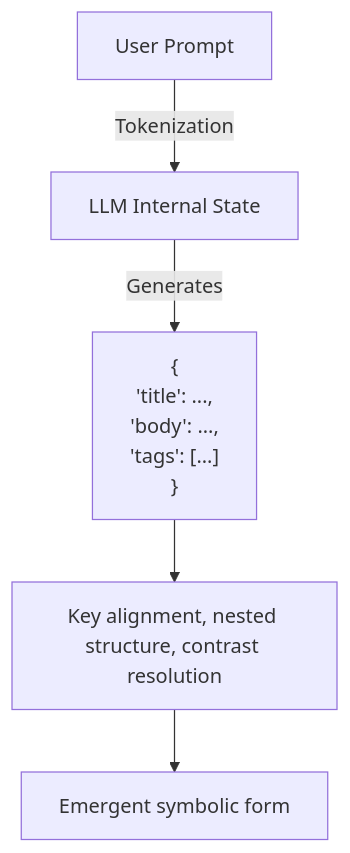
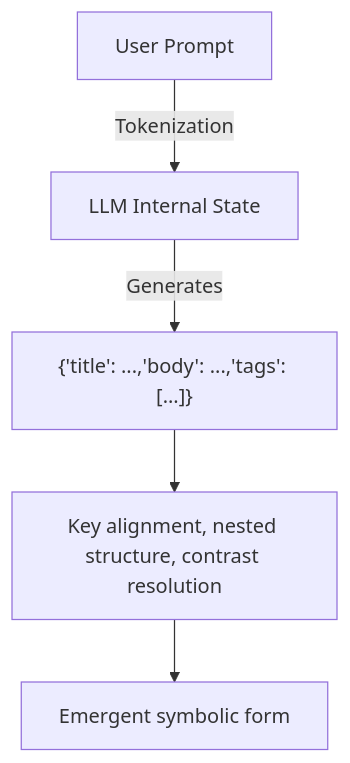
The second of 3 diagrams in Archive/What_if_gen_ai_is_actually_symbolic.md (LinaNoor-AGI/noor-research), drawn with Mermaid before and after one commit. The commit also changed other lines of this file, not shown here.

`````diff
--- a/Archive/What_if_gen_ai_is_actually_symbolic.md
+++ b/Archive/What_if_gen_ai_is_actually_symbolic.md
@@ -73,7 +73,7 @@
 ```mermaid
 graph TD
   Prompt[User Prompt] -->|Tokenization| Model[LLM Internal State]
-  Model -->|Generates| JSON_Like_Output["{\n  'title': ...,\n  'body': ...,\n  'tags': [...] \n}"]
+  Model -->|Generates| JSON_Like_Output["{'title': ...,'body': ...,'tags': [...]}"]
   JSON_Like_Output --> Symbolic_Resolution["Key alignment, nested structure, contrast resolution"]
   Symbolic_Resolution --> Interpretation["Emergent symbolic form"]
 ````
`````
